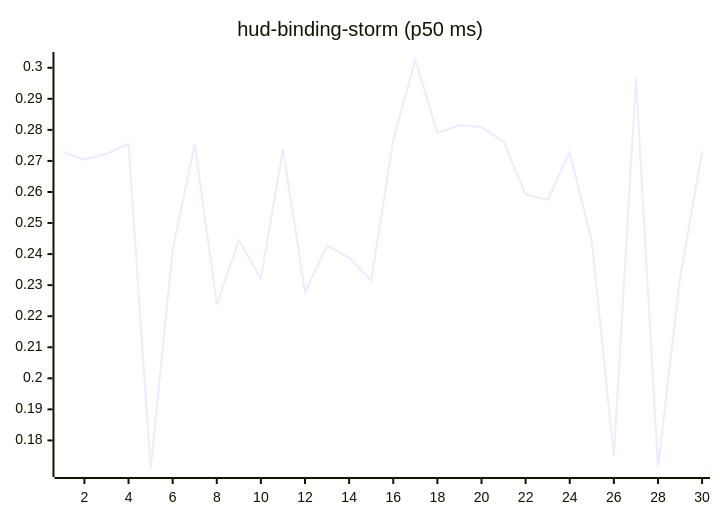
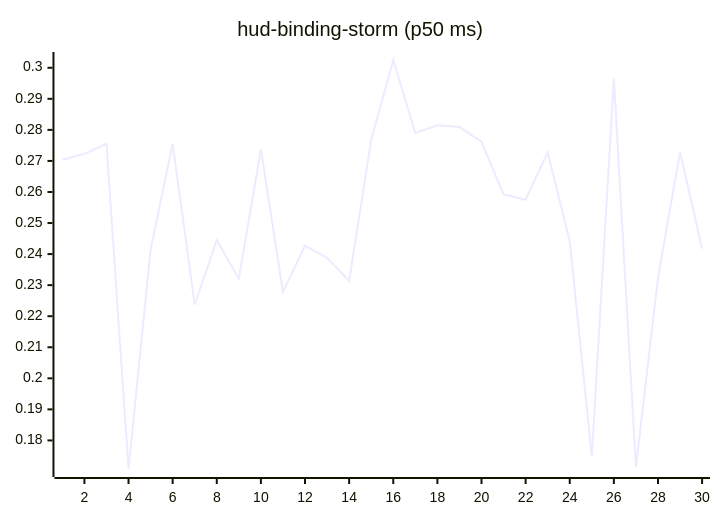
The tenth of 27 diagrams in README.md (josha/Facet), drawn with Mermaid before and after one commit. The commit also changed other lines of this file and 2 other files, not shown here.

````diff
--- a/README.md
+++ b/README.md
@@ -126,6 +126,6 @@
 ```mermaid
 xychart-beta
     title "hud-binding-storm (p50 ms)"
     x-axis 1 --> 30
-    line [0.2730, 0.2704, 0.2723, 0.2755, 0.1708, 0.2414, 0.2755, 0.2237, 0.2445, 0.2321, 0.2737, 0.2278, 0.2427, 0.2388, 0.2314, 0.2768, 0.3025, 0.2790, 0.2815, 0.2809, 0.2762, 0.2592, 0.2575, 0.2728, 0.2441, 0.1749, 0.2965, 0.1714, 0.2323, 0.2729]
+    line [0.2704, 0.2723, 0.2755, 0.1708, 0.2414, 0.2755, 0.2237, 0.2445, 0.2321, 0.2737, 0.2278, 0.2427, 0.2388, 0.2314, 0.2768, 0.3025, 0.2790, 0.2815, 0.2809, 0.2762, 0.2592, 0.2575, 0.2728, 0.2441, 0.1749, 0.2965, 0.1714, 0.2323, 0.2729, 0.2417]
 ```
````
